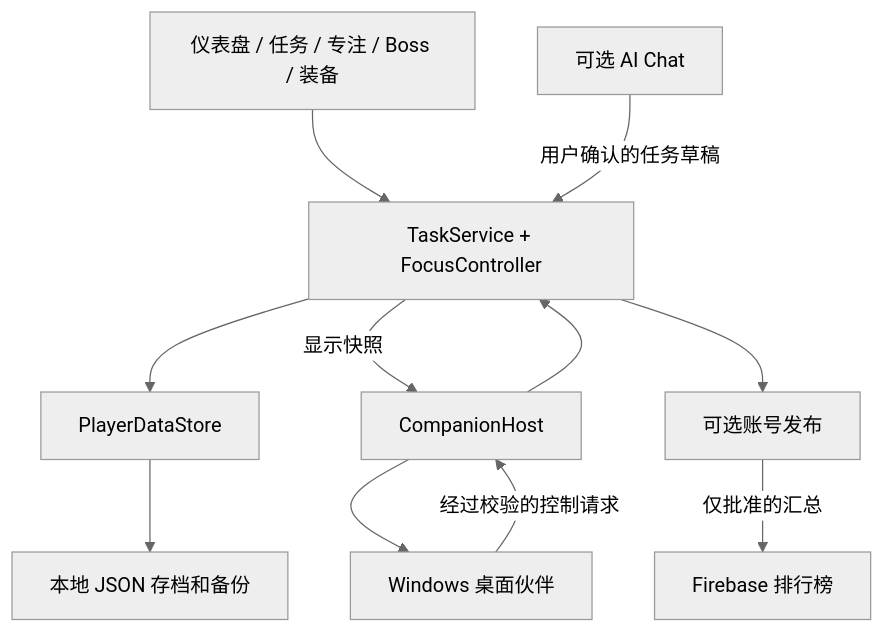
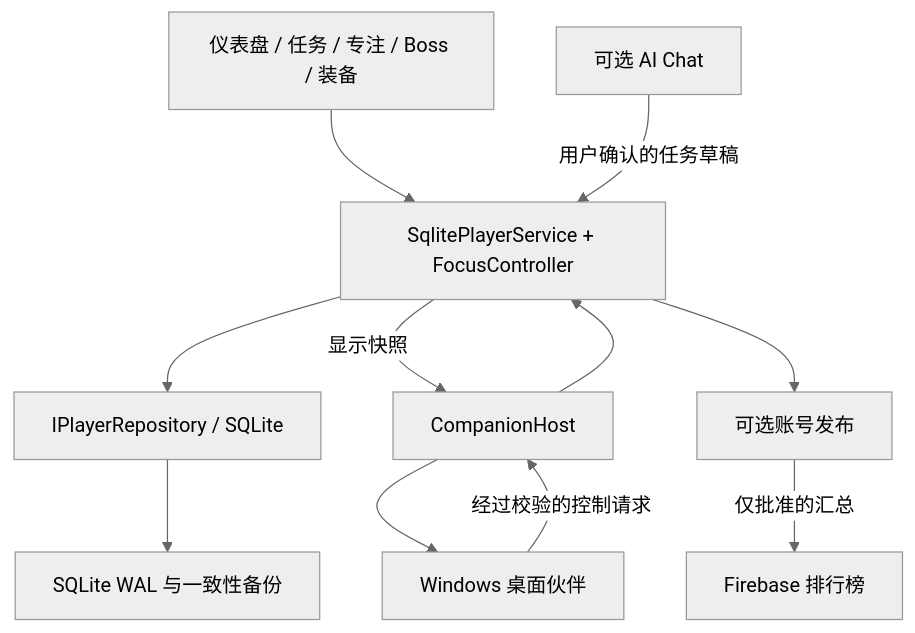
Before and after one commit to KJiShou/Cat-Quest: the diagram in README.zh-CN.md, drawn with Mermaid (neutral theme). The commit also changed other lines of this file and 198 other files, not shown here.

````diff
--- a/README.zh-CN.md
+++ b/README.zh-CN.md
@@ -212,13 +221,13 @@
 ```mermaid
 flowchart TD
-    UI[仪表盘 / 任务 / 专注 / Boss / 装备] --> Services[TaskService + FocusController]
-    Services --> Store[PlayerDataStore]
-    Store --> Save[本地 JSON 存档和备份]
+    UI[仪表盘 / 任务 / 专注 / Boss / 装备] --> Services[SqlitePlayerService + FocusController]
+    Services --> Store[IPlayerRepository / SQLite]
+    Store --> Save[SQLite WAL 与一致性备份]
     Companion[Windows 桌面伙伴] -->|经过校验的控制请求| Host[CompanionHost]
     Host --> Services
     Services -->|显示快照| Host
     Host --> Companion
     Chat[可选 AI Chat] -->|用户确认的任务草稿| Services
     Account[可选账号发布] -->|仅批准的汇总| Firebase[Firebase 排行榜]
     Services --> Account
 ```
````
